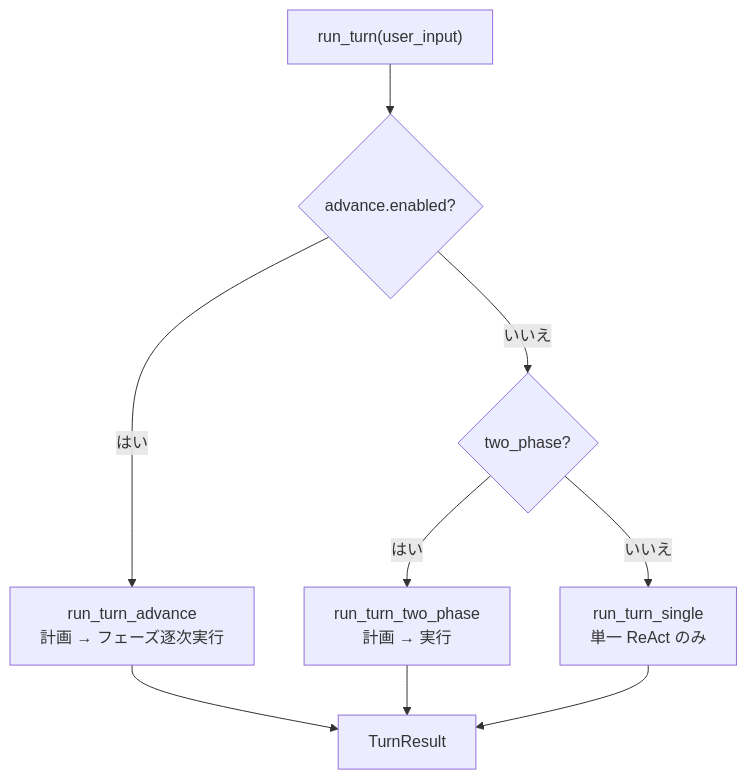
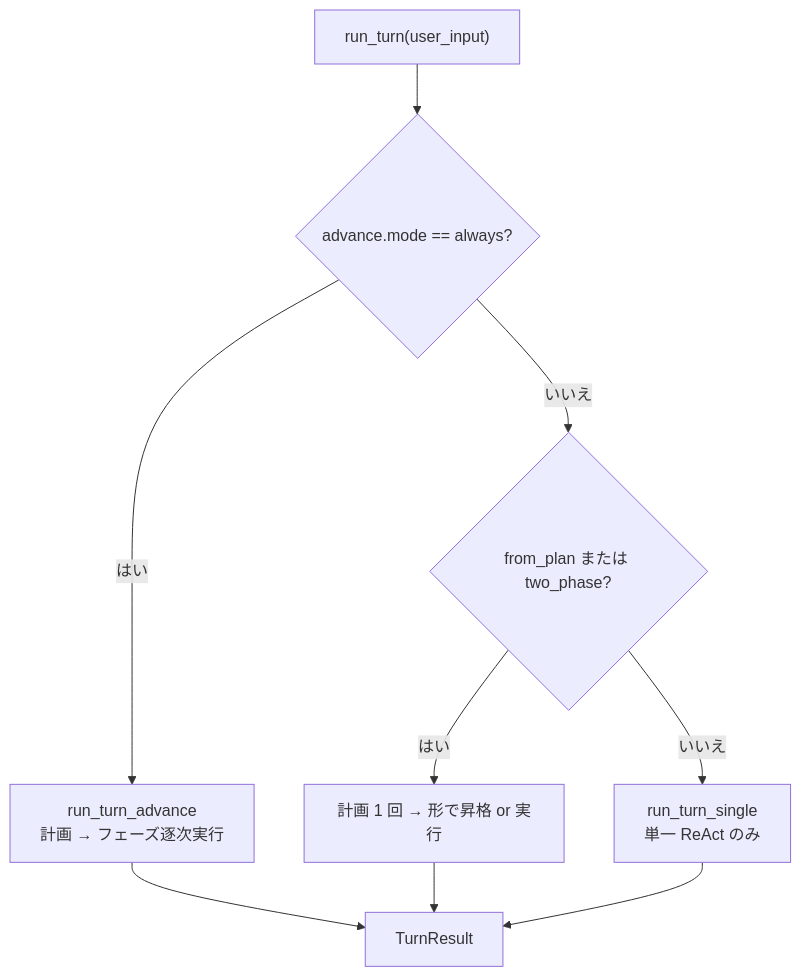
Before and after one commit to tax-mux/harness-seed: the fifth of 6 diagrams in doc/ja/architecture/00_harness-seedの構造.md, drawn with Mermaid. The commit also changed other lines of this file and 120 other files, not shown here.

````diff
--- a/doc/ja/architecture/00_harness-seedの構造.md
+++ b/doc/ja/architecture/00_harness-seedの構造.md
@@ -158,11 +158,11 @@
 ```mermaid
 flowchart TD
-    RT["run_turn(user_input)"] --> AD{"advance.enabled?"}
+    RT["run_turn(user_input)"] --> AD{"advance.mode == always?"}
     AD -->|はい| ADV["run_turn_advance<br/>計画 → フェーズ逐次実行"]
-    AD -->|いいえ| TP{"two_phase?"}
-    TP -->|はい| TWO["run_turn_two_phase<br/>計画 → 実行"]
+    AD -->|いいえ| TP{"from_plan または two_phase?"}
+    TP -->|はい| TWO["計画 1 回 → 形で昇格 or 実行"]
     TP -->|いいえ| ONE["run_turn_single<br/>単一 ReAct のみ"]
     ADV --> END["TurnResult"]
     TWO --> END
     ONE --> END
 ```
````
